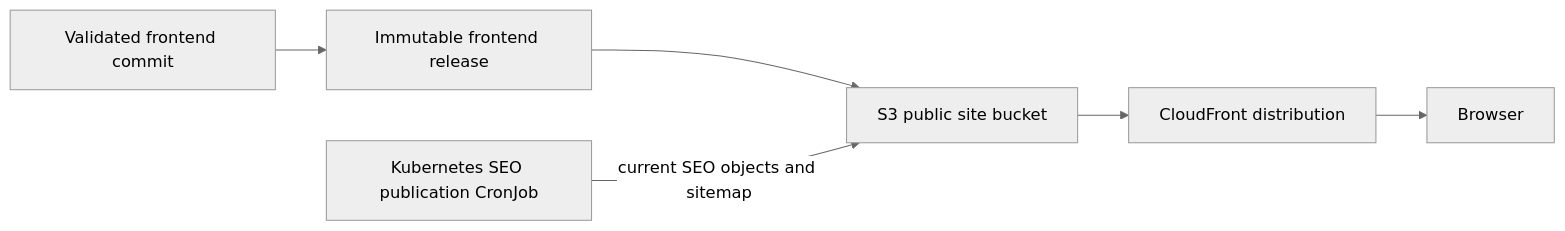
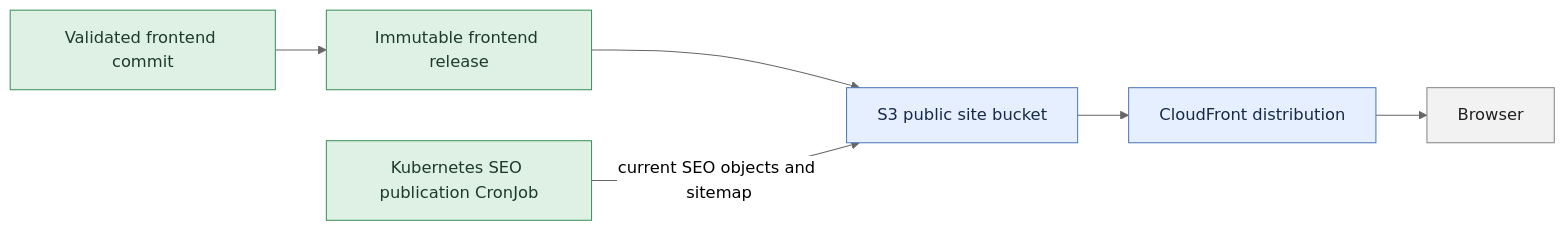
The second of 3 diagrams in docs/frontend-delivery.md (winrates-gg/wrgg-public-documentation), drawn with Mermaid (neutral theme) before and after one commit. The commit also changed other lines of this file and 1 other file, not shown here.

Commit message:
Added legend to clarify diagram color coding

````diff
--- a/docs/frontend-delivery.md
+++ b/docs/frontend-delivery.md
@@ -81,15 +99,22 @@
 ```mermaid
 flowchart LR
     Commit[Validated frontend commit]
     Release[Immutable frontend release]
     S3[S3 public site bucket]
     CDN[CloudFront distribution]
     Browser[Browser]
     SEO[Kubernetes SEO publication CronJob]
 
     Commit --> Release
     Release --> S3
     S3 --> CDN
     CDN --> Browser
     SEO -->|current SEO objects and sitemap| S3
+
+    classDef user fill:#f2f2f2,stroke:#858585,color:#202020
+    classDef backend fill:#dff1e5,stroke:#3b8f5a,color:#1d3b26
+    classDef aws fill:#e5efff,stroke:#4c78b8,color:#162a47
+    class Browser user
+    class Commit,Release,SEO backend
+    class S3,CDN aws
 ```
````
